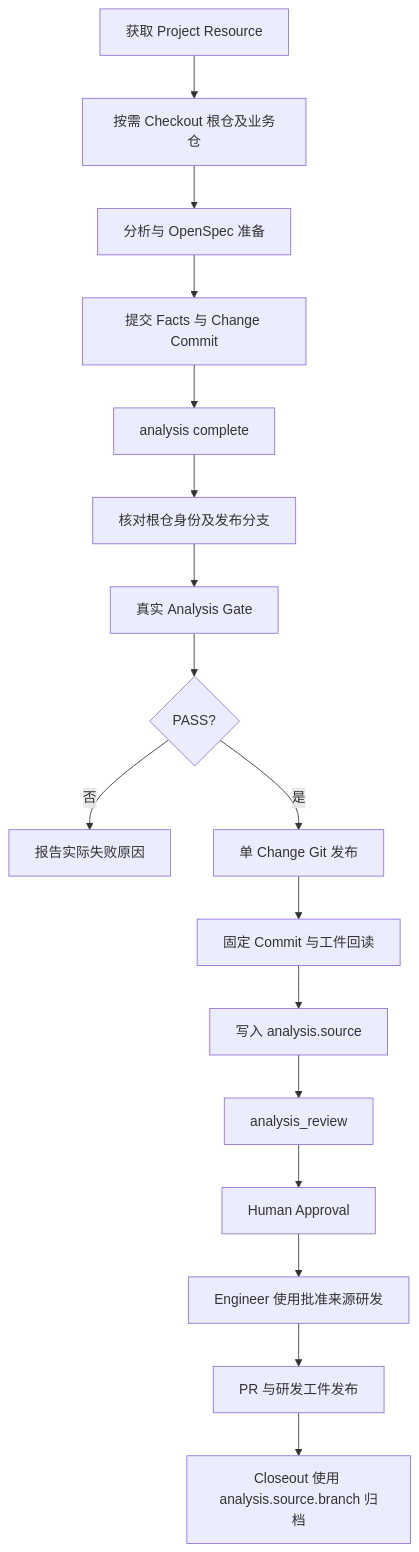
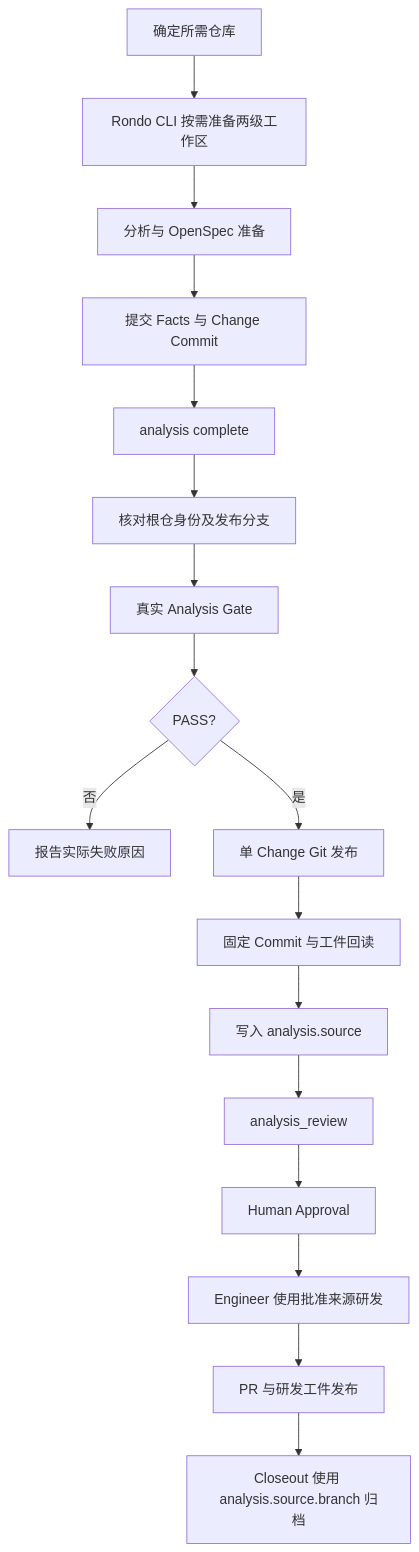
Before and after one commit to lilei921/winning-platform-rondo: the diagram in 12-native-workspace-consumer-alignment-plan.md, drawn with Mermaid. The commit also changed other lines of this file, not shown here.

Commit message:
docs: 保留两级目录并将 Native Checkout 收敛至 Rondo CLI

````diff
--- a/12-native-workspace-consumer-alignment-plan.md
+++ b/12-native-workspace-consumer-alignment-plan.md
@@ -140,19 +170,19 @@
 ```mermaid
 flowchart TD
-  A[获取 Project Resource] --> B[按需 Checkout 根仓及业务仓]
+  A[确定所需仓库] --> B[Rondo CLI 按需准备两级工作区]
   B --> C[分析与 OpenSpec 准备]
   C --> D[提交 Facts 与 Change Commit]
   D --> E[analysis complete]
   E --> F[核对根仓身份及发布分支]
   F --> G[真实 Analysis Gate]
   G --> H{PASS?}
   H -->|否| X[报告实际失败原因]
   H -->|是| I[单 Change Git 发布]
   I --> J[固定 Commit 与工件回读]
   J --> K[写入 analysis.source]
   K --> L[analysis_review]
   L --> M[Human Approval]
   M --> N[Engineer 使用批准来源研发]
   N --> O[PR 与研发工件发布]
   O --> P[Closeout 使用 analysis.source.branch 归档]
 ```
````
